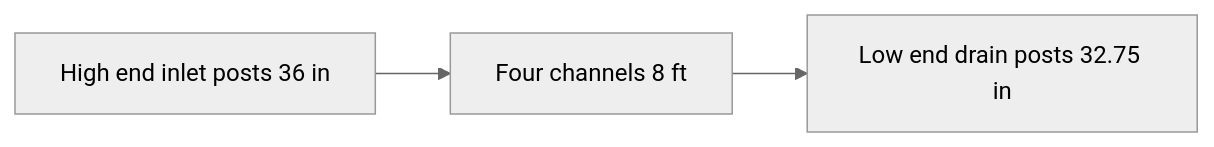
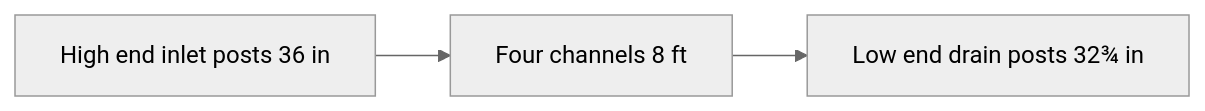
The first of 3 diagrams in zones.md (UncleJS/guide_hydroponics), drawn with Mermaid (neutral theme) before and after one commit. The commit also changed 22 other files, not shown here.

````diff
--- a/zones.md
+++ b/zones.md
@@ -62,5 +62,5 @@
 ```mermaid
 flowchart LR
   highEnd["High end inlet posts 36 in"] --> channels["Four channels 8 ft"]
-  channels --> lowEnd["Low end drain posts 32.75 in"]
+  channels --> lowEnd["Low end drain posts 32¾ in"]
 ```
````
